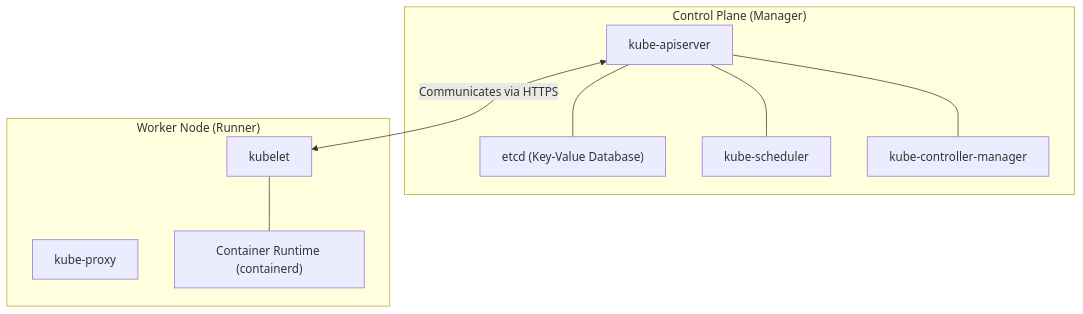
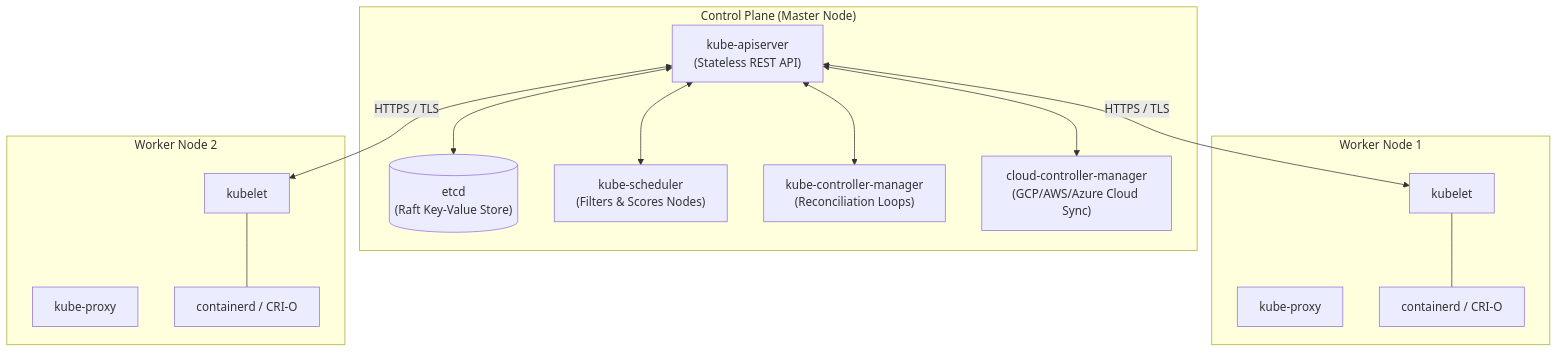
The second of 3 diagrams in docs/lessons/0001-what-is-kubernetes-and-prerequisites.md (Rohit1024/kubernetes), drawn with Mermaid before and after one commit. The commit also changed other lines of this file and 15 other files, not shown here.

Commit message:
refactor: restructure Kubernetes documentation with enhanced diagrams, simplified lesson templates, and a new manifest generator.

````diff
--- a/docs/lessons/0001-what-is-kubernetes-and-prerequisites.md
+++ b/docs/lessons/0001-what-is-kubernetes-and-prerequisites.md
@@ -47,23 +52,32 @@
 ```mermaid
 graph TD
-    subgraph ControlPlane ["Control Plane (Manager)"]
-        APIServer["kube-apiserver"]
-        Etcd["etcd (Key-Value Database)"]
-        Scheduler["kube-scheduler"]
-        Controller["kube-controller-manager"]
+    subgraph ControlPlane ["Control Plane (Master Node)"]
+        APIServer["kube-apiserver\n(Stateless REST API)"]
+        Etcd[("etcd\n(Raft Key-Value Store)")]
+        Scheduler["kube-scheduler\n(Filters & Scores Nodes)"]
+        Controller["kube-controller-manager\n(Reconciliation Loops)"]
+        CloudController["cloud-controller-manager\n(GCP/AWS/Azure Cloud Sync)"]
         
-        APIServer --- Etcd
-        APIServer --- Scheduler
-        APIServer --- Controller
+        APIServer <--> Etcd
+        APIServer <--> Scheduler
+        APIServer <--> Controller
+        APIServer <--> CloudController
     end
     
-    subgraph WorkerNode ["Worker Node (Runner)"]
-        Kubelet["kubelet"]
-        Proxy["kube-proxy"]
-        Runtime["Container Runtime (containerd)"]
-        
-        Kubelet --- Runtime
+    subgraph WorkerNode1 ["Worker Node 1"]
+        Kubelet1["kubelet"]
+        Proxy1["kube-proxy"]
+        Runtime1["containerd / CRI-O"]
+        Kubelet1 --- Runtime1
+    end
+
+    subgraph WorkerNode2 ["Worker Node 2"]
+        Kubelet2["kubelet"]
+        Proxy2["kube-proxy"]
+        Runtime2["containerd / CRI-O"]
+        Kubelet2 --- Runtime2
     end
     
-    APIServer <-->|Communicates via HTTPS| Kubelet
+    APIServer <-->|HTTPS / TLS| Kubelet1
+    APIServer <-->|HTTPS / TLS| Kubelet2
 ```
````
